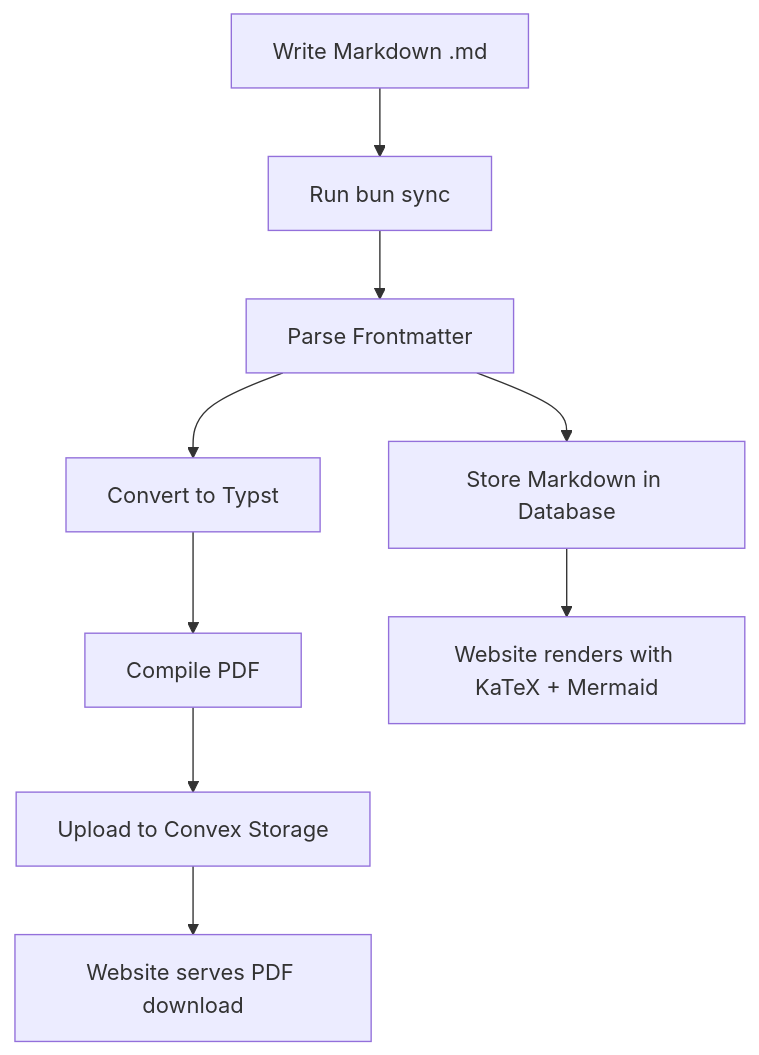
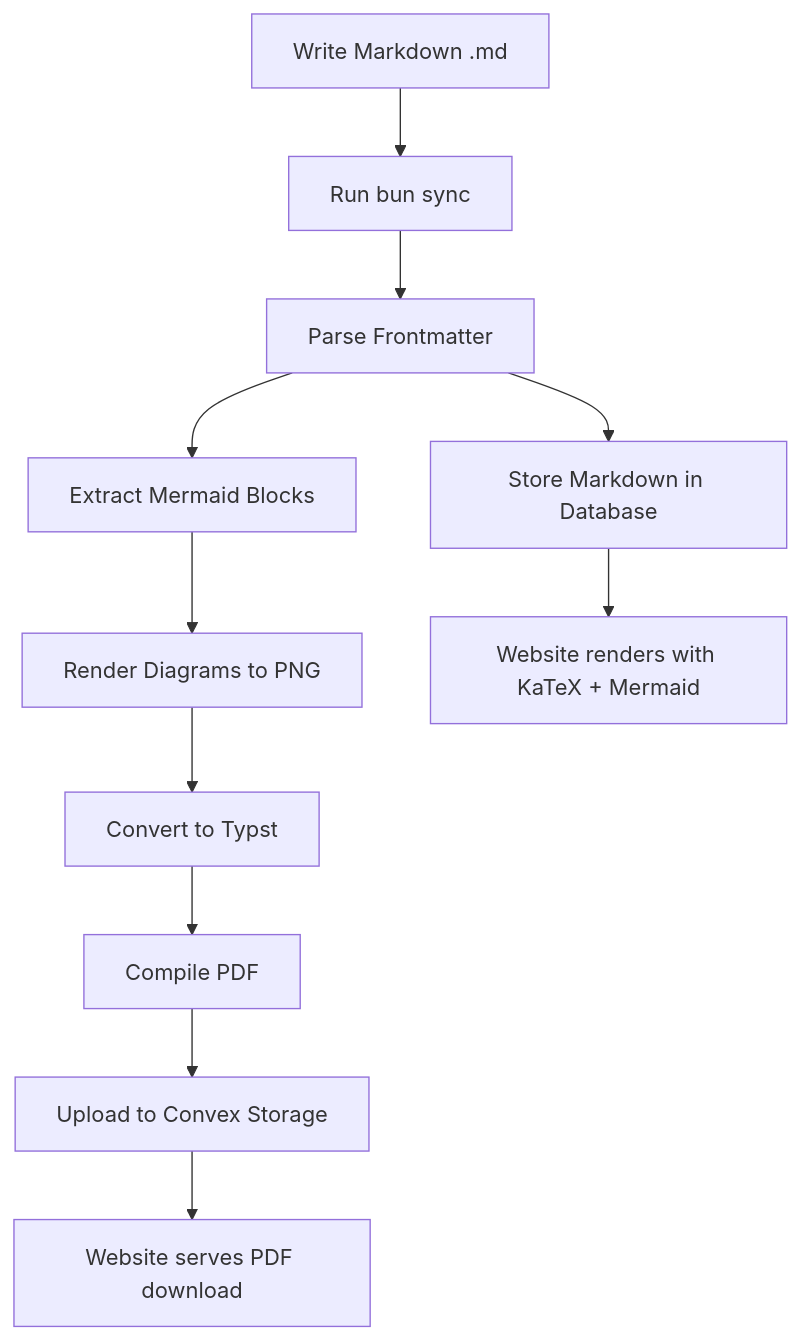
The first of 3 diagrams in journal/2025-12-15-website-architecture.md (robelest/robelest), drawn with Mermaid before and after one commit. The commit also changed other lines of this file, not shown here.

First line of the commit message:
docs: expand website architecture with SSR and content processing details

````diff
--- a/journal/2025-12-15-website-architecture.md
+++ b/journal/2025-12-15-website-architecture.md
@@ -145,11 +181,13 @@
 ```mermaid
 graph TD
     A[Write Markdown .md] --> B[Run bun sync]
     B --> C[Parse Frontmatter]
-    C --> D[Convert to Typst]
-    D --> E[Compile PDF]
-    E --> F[Upload to Convex Storage]
-    C --> G[Store Markdown in Database]
-    F --> H[Website serves PDF download]
-    G --> I[Website renders with KaTeX + Mermaid]
+    C --> D[Extract Mermaid Blocks]
+    D --> E[Render Diagrams to PNG]
+    E --> F[Convert to Typst]
+    F --> G[Compile PDF]
+    G --> H[Upload to Convex Storage]
+    C --> I[Store Markdown in Database]
+    H --> J[Website serves PDF download]
+    I --> K[Website renders with KaTeX + Mermaid]
 ```
````
